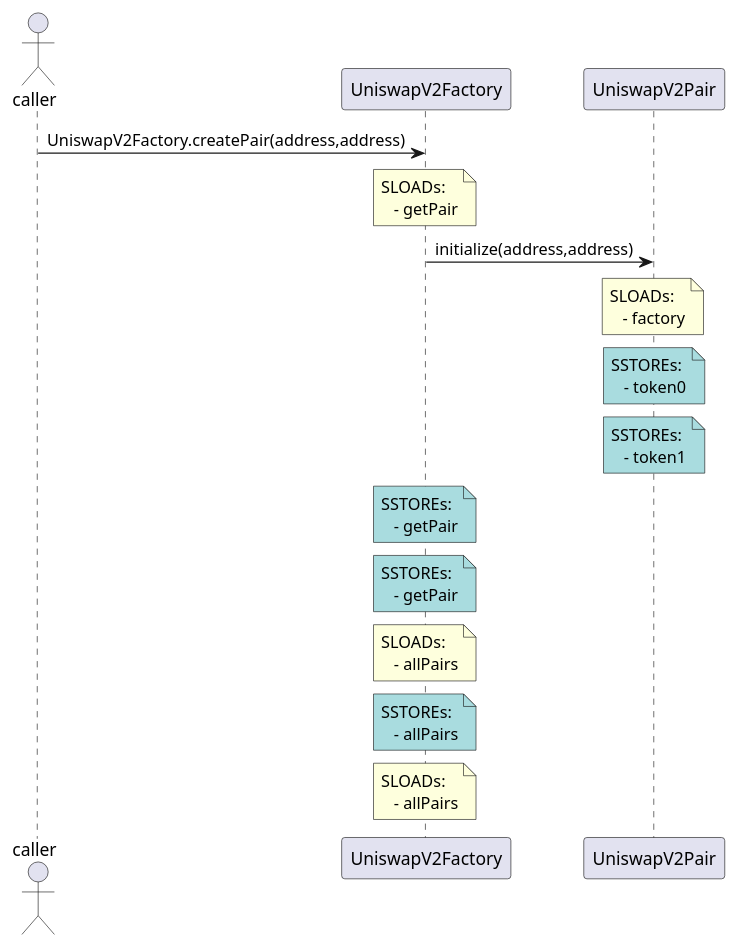
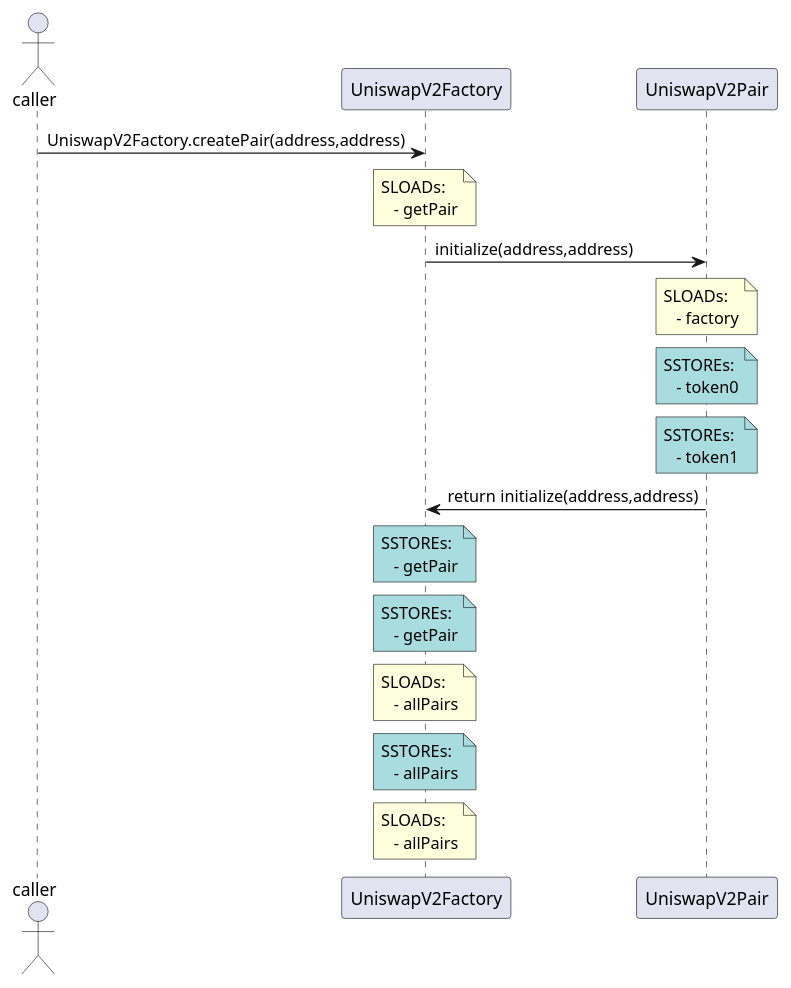
The diagram in examples/printers/univ2/contracts/UniswapV2Factory.sol-UniswapV2FactorycreatePairaddressaddress.puml (NoahMarconi/ethwaterloo-2023), drawn with PlantUML before and after one commit. The commit also changed 2 other files, not shown here.

Commit message:
add external call return sequence

```diff
--- a/examples/printers/univ2/contracts/UniswapV2Factory.sol-UniswapV2FactorycreatePairaddressaddress.puml
+++ b/examples/printers/univ2/contracts/UniswapV2Factory.sol-UniswapV2FactorycreatePairaddressaddress.puml
@@ -1,14 +1,15 @@
 @startuml
 actor caller 
 caller -> UniswapV2Factory: UniswapV2Factory.createPair(address,address)
 note over UniswapV2Factory: SLOADs: \n   - getPair 
 UniswapV2Factory -> UniswapV2Pair: initialize(address,address)
 note over UniswapV2Pair: SLOADs: \n   - factory 
 note over UniswapV2Pair #A9DCDF: SSTOREs: \n   - token0 
 note over UniswapV2Pair #A9DCDF: SSTOREs: \n   - token1 
+ UniswapV2Factory <- UniswapV2Pair: return initialize(address,address) 
 note over UniswapV2Factory #A9DCDF: SSTOREs: \n   - getPair 
 note over UniswapV2Factory #A9DCDF: SSTOREs: \n   - getPair
 note over UniswapV2Factory: SLOADs: \n   - allPairs 
 note over UniswapV2Factory #A9DCDF: SSTOREs: \n   - allPairs
 note over UniswapV2Factory: SLOADs: \n   - allPairs
 @enduml
```
